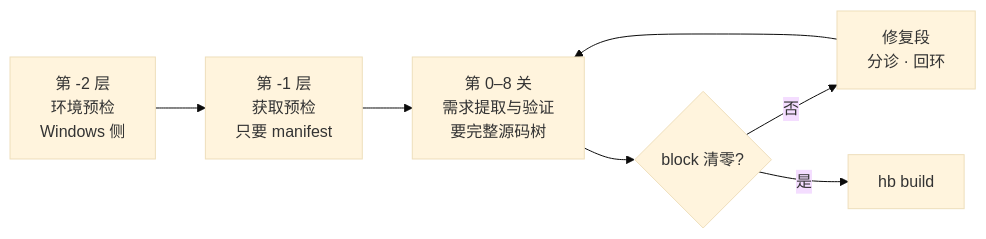
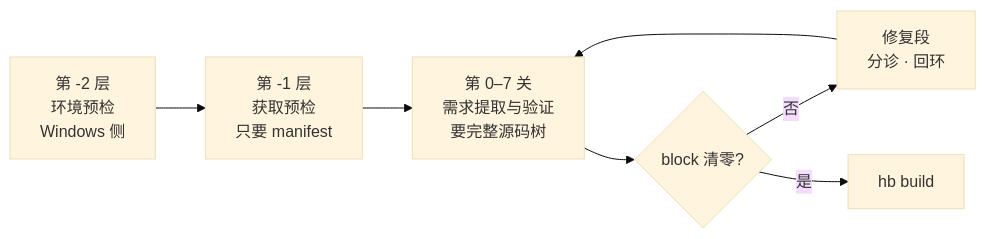
One commit to x-yy-x/tool_realization changed the first of 2 diagrams in docs/00-总览.md. Above: the diagram before and after it, drawn with Mermaid (base theme). The commit also changed other lines of this file and 38 other files, not shown here.

````diff
--- a/docs/00-总览.md
+++ b/docs/00-总览.md
@@ -60,9 +60,9 @@
 ```mermaid
 flowchart LR
     A["第 -2 层<br/>环境预检<br/>Windows 侧"] --> B["第 -1 层<br/>获取预检<br/>只要 manifest"]
-    B --> C["第 0–8 关<br/>需求提取与验证<br/>要完整源码树"]
+    B --> C["第 0–7 关<br/>需求提取与验证<br/>要完整源码树"]
     C --> D{"block 清零?"}
     D -->|否| E["修复段<br/>分诊 · 回环"]
     E --> C
     D -->|是| F["hb build"]
 ```
````
